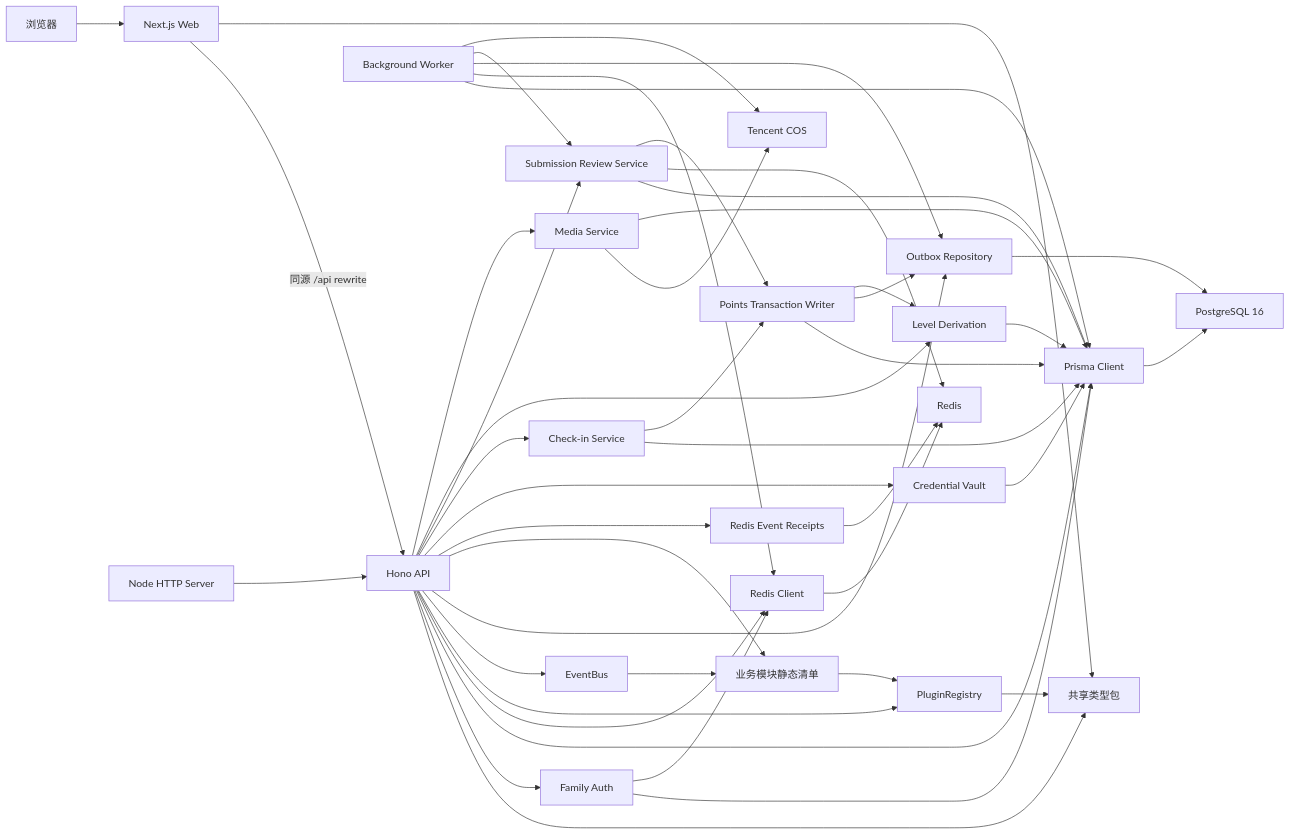
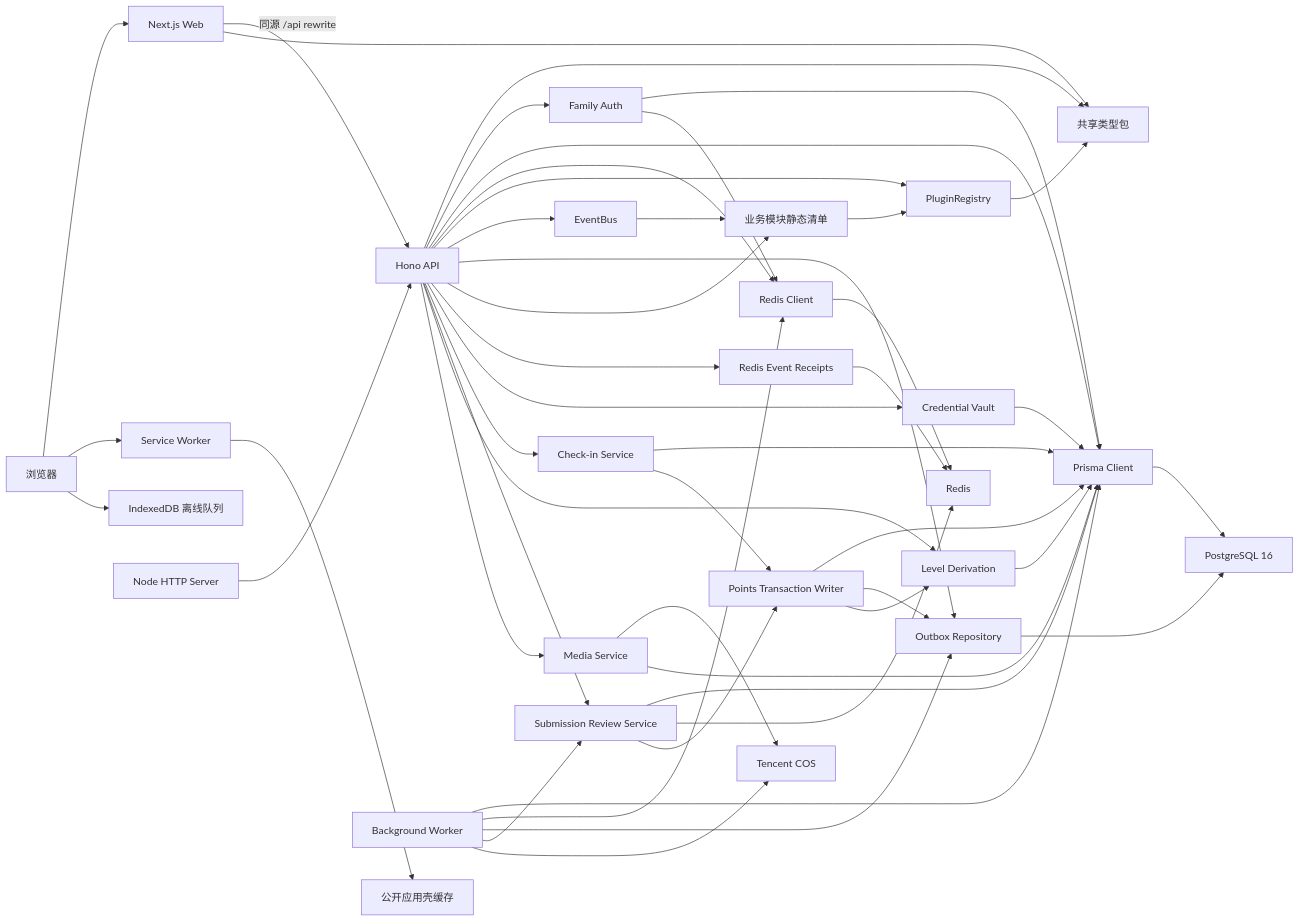
One commit to lu-zhibin/FamilyStar changed the first of 3 diagrams in .monkeycode/docs/ARCHITECTURE.md. Above: the diagram before and after it, drawn with Mermaid. The commit also changed other lines of this file and 5 other files, not shown here.

````diff
--- a/.monkeycode/docs/ARCHITECTURE.md
+++ b/.monkeycode/docs/ARCHITECTURE.md
@@ -281,47 +292,50 @@
 ```mermaid
 flowchart LR
     Browser["浏览器"] --> Web["Next.js Web"]
+    Browser --> ServiceWorker["Service Worker"]
+    ServiceWorker --> CacheStorage["公开应用壳缓存"]
+    Browser --> IndexedDB["IndexedDB 离线队列"]
     Web -->|"同源 /api rewrite"| API["Hono API"]
     Web --> Shared["共享类型包"]
     Node["Node HTTP Server"] --> API["Hono API"]
     API --> Shared
     API --> Auth["Family Auth"]
     Auth --> Prisma
     Auth --> RedisClient
     API --> Prisma["Prisma Client"]
     Prisma --> PostgreSQL["PostgreSQL 16"]
     API --> RedisClient["Redis Client"]
     RedisClient --> Redis["Redis"]
     API --> Registry["PluginRegistry"]
     API --> EventBus["EventBus"]
     API --> Outbox["Outbox Repository"]
     Outbox --> PostgreSQL
     API --> Modules["业务模块静态清单"]
     Modules --> Registry
     EventBus --> Modules
     API --> Receipts["Redis Event Receipts"]
     Receipts --> Redis
     Worker["Background Worker"] --> Prisma
     Worker --> RedisClient
     Worker --> Outbox
     Worker --> Reviews
     Worker --> COS
     API --> Vault["Credential Vault"]
     Vault --> Prisma
     API --> CheckIns["Check-in Service"]
     CheckIns --> Prisma
     API --> Reviews["Submission Review Service"]
     Reviews --> Prisma
     Reviews --> Redis
     CheckIns --> Points["Points Transaction Writer"]
     Reviews --> Points
     Points --> Prisma
     Points --> Outbox
     Points --> Levels["Level Derivation"]
     API --> Levels
     Levels --> Prisma
     API --> Media["Media Service"]
     Media --> COS["Tencent COS"]
     Media --> Prisma
     Registry --> Shared
 ```
````
